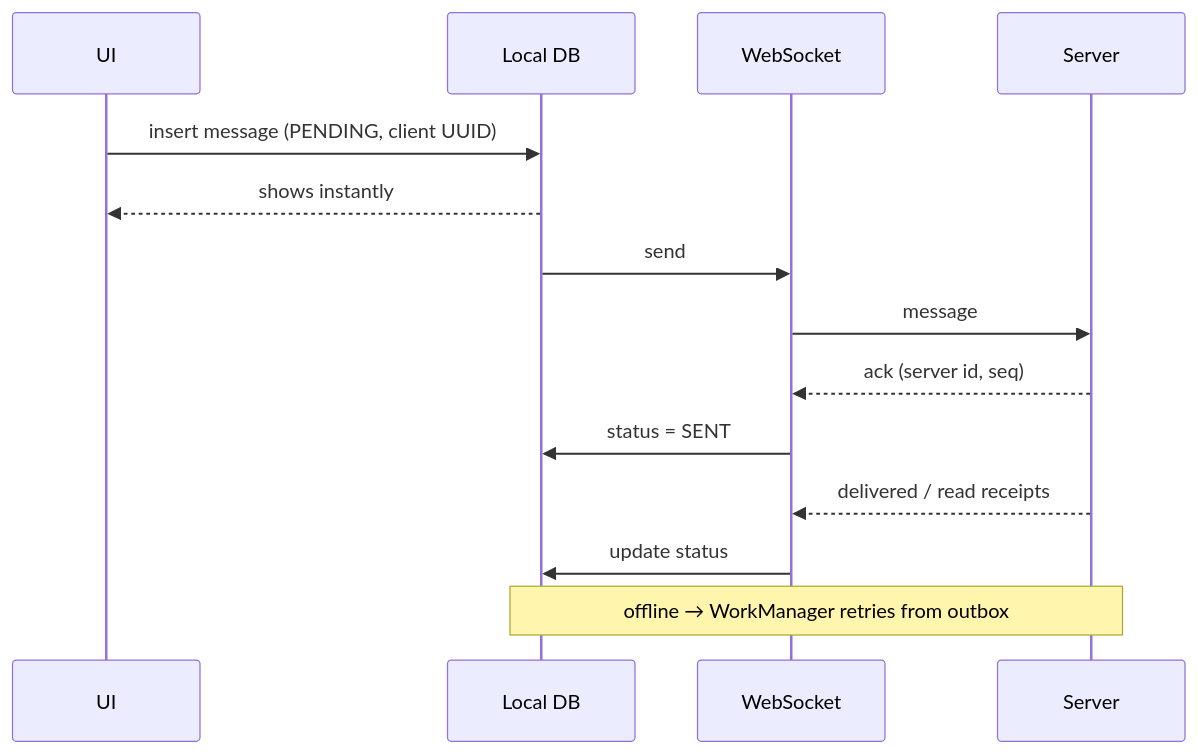
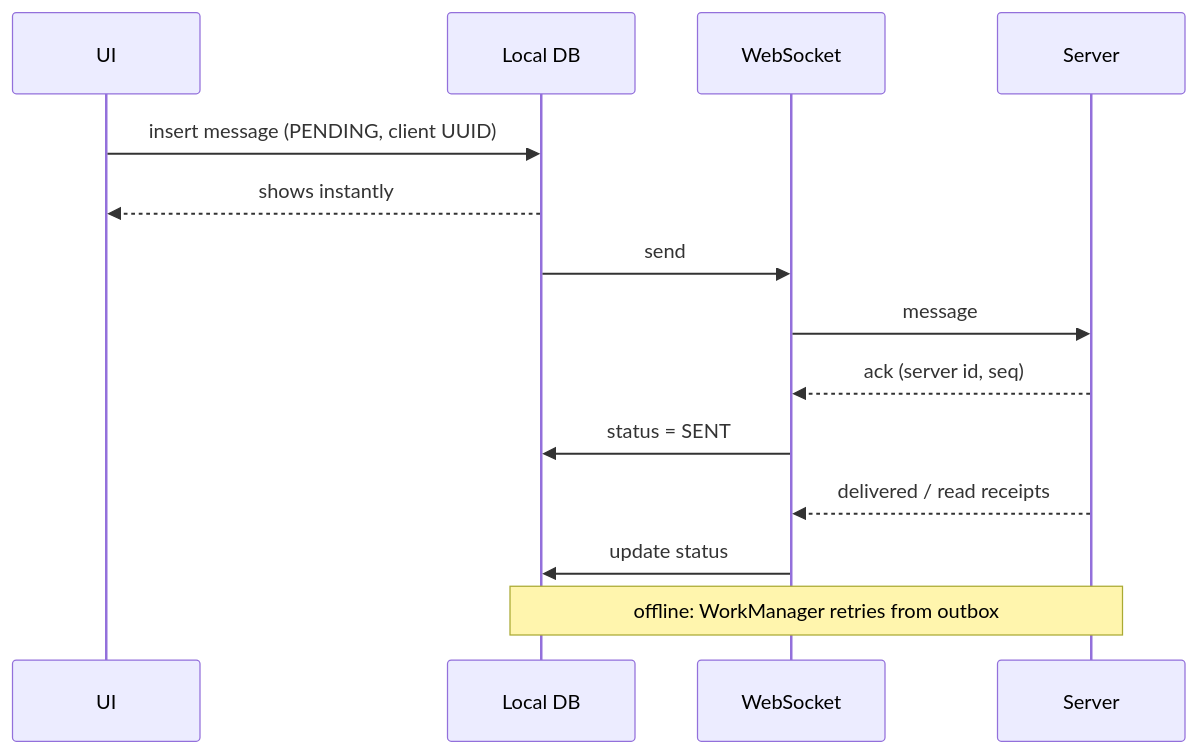
Before and after one commit to AkshayAshokCode/Android-Interview-Questions-cheat-sheet: the fourth of 24 diagrams in topics/23-system-design.md, drawn with Mermaid. The commit also changed other lines of this file and 4 other files, not shown here.

````diff
--- a/topics/23-system-design.md
+++ b/topics/23-system-design.md
@@ -81,16 +184,16 @@
 ```mermaid
 sequenceDiagram
     participant UI
     participant DB as Local DB
     participant WS as WebSocket
     participant S as Server
     UI->>DB: insert message (PENDING, client UUID)
     DB-->>UI: shows instantly
     DB->>WS: send
     WS->>S: message
     S-->>WS: ack (server id, seq)
     WS->>DB: status = SENT
     S-->>WS: delivered / read receipts
     WS->>DB: update status
-    Note over DB,S: offline → WorkManager retries from outbox
+    Note over DB,S: offline: WorkManager retries from outbox
 ```
````
